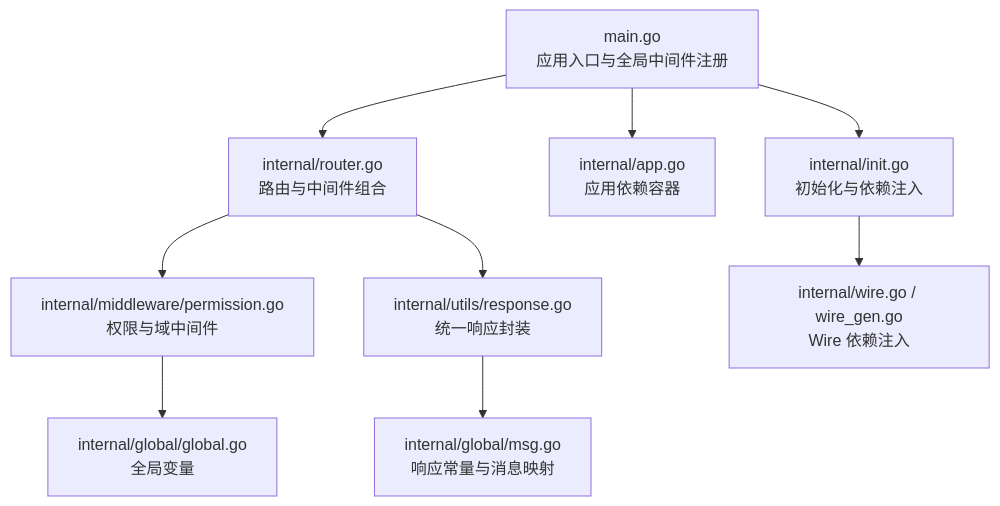
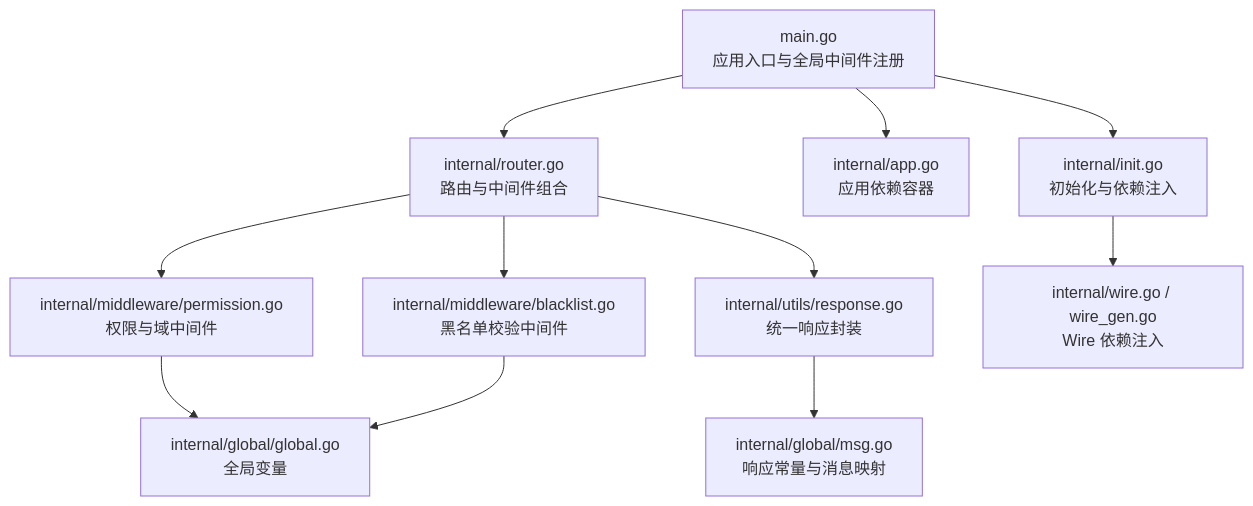
One commit to wuwuseo/e-sports-go-admin changed the first of 7 diagrams in .qoder/repowiki/zh/content/中间件系统/中间件系统.md. Above: the diagram before and after it, drawn with Mermaid. The commit also changed other lines of this file and 42 other files, not shown here.

````diff
--- a/.qoder/repowiki/zh/content/中间件系统/中间件系统.md
+++ b/.qoder/repowiki/zh/content/中间件系统/中间件系统.md
@@ -49,11 +50,13 @@
 ```mermaid
 graph TB
 A["main.go<br/>应用入口与全局中间件注册"] --> B["internal/router.go<br/>路由与中间件组合"]
 B --> C["internal/middleware/permission.go<br/>权限与域中间件"]
+B --> C2["internal/middleware/blacklist.go<br/>黑名单校验中间件"]
 B --> D["internal/utils/response.go<br/>统一响应封装"]
 C --> E["internal/global/global.go<br/>全局变量"]
+C2 --> E
 D --> F["internal/global/msg.go<br/>响应常量与消息映射"]
 A --> G["internal/app.go<br/>应用依赖容器"]
 A --> H["internal/init.go<br/>初始化与依赖注入"]
 H --> I["internal/wire.go / wire_gen.go<br/>Wire 依赖注入"]
 ```
````
